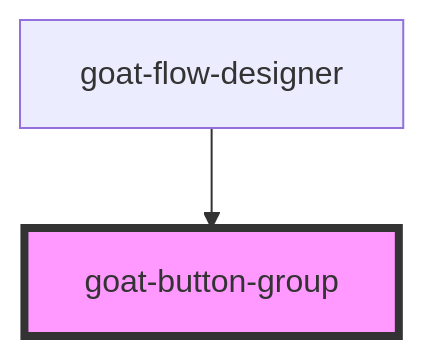
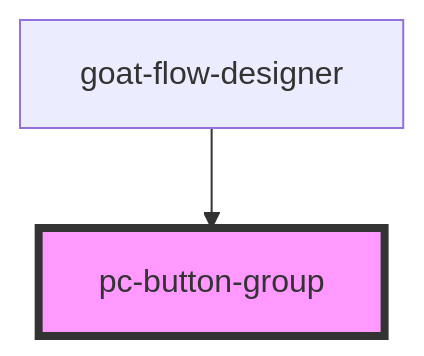
The diagram in src/components/button-group/readme.md (redvars/peacock), drawn with Mermaid before and after one commit. The commit also changed other lines of this file and 280 other files, not shown here.

````diff
--- a/src/components/button-group/readme.md
+++ b/src/components/button-group/readme.md
@@ -15,5 +15,5 @@
 ```mermaid
 graph TD;
-  goat-flow-designer --> goat-button-group
-  style goat-button-group fill:#f9f,stroke:#333,stroke-width:4px
+  goat-flow-designer --> pc-button-group
+  style pc-button-group fill:#f9f,stroke:#333,stroke-width:4px
 ```
````
